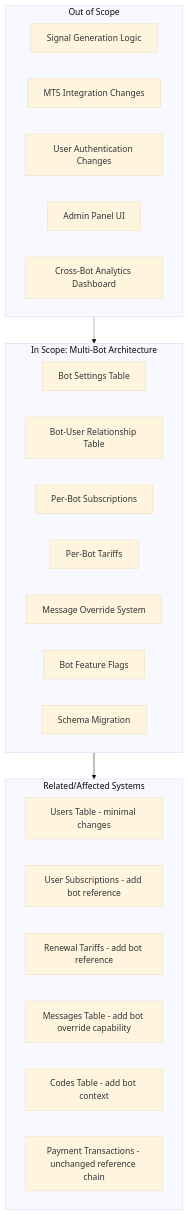
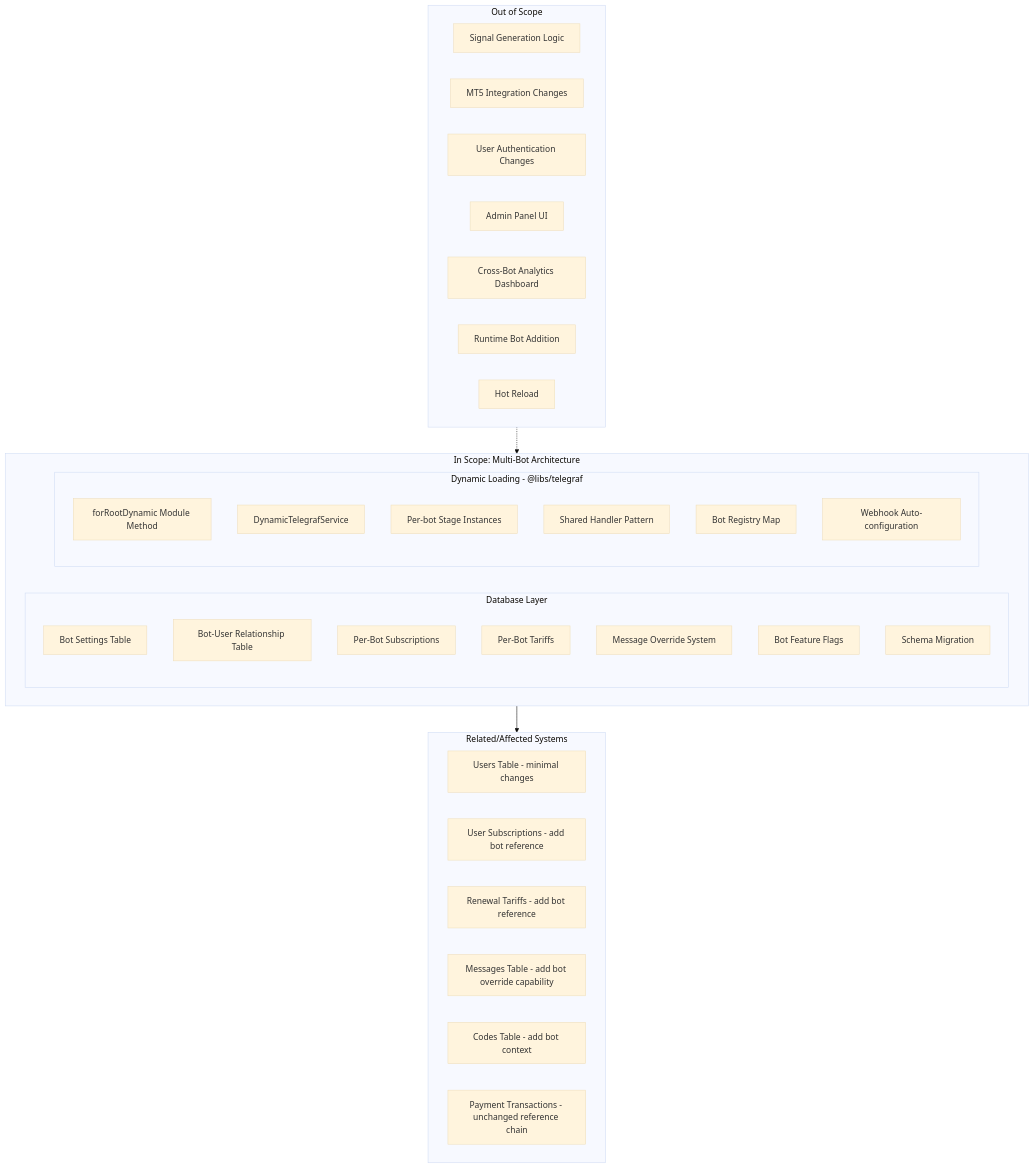
Before and after one commit to tundraray/quantum-deal: the third of 4 diagrams in docs/prd/multi-bot-architecture-prd.md, drawn with Mermaid (base theme). The commit also changed other lines of this file and 29 other files, not shown here.

First line of the commit message:
feat(telegraf): add forRootDynamic() for database-driven bot loading

````diff
--- a/docs/prd/multi-bot-architecture-prd.md
+++ b/docs/prd/multi-bot-architecture-prd.md
@@ -107,32 +165,44 @@
 ```mermaid
 flowchart TB
     subgraph InScope["In Scope: Multi-Bot Architecture"]
-        S1[Bot Settings Table]
-        S2[Bot-User Relationship Table]
-        S3[Per-Bot Subscriptions]
-        S4[Per-Bot Tariffs]
-        S5[Message Override System]
-        S6[Bot Feature Flags]
-        S7[Schema Migration]
+        subgraph Database["Database Layer"]
+            S1[Bot Settings Table]
+            S2[Bot-User Relationship Table]
+            S3[Per-Bot Subscriptions]
+            S4[Per-Bot Tariffs]
+            S5[Message Override System]
+            S6[Bot Feature Flags]
+            S7[Schema Migration]
+        end
+        subgraph DynamicLoading["Dynamic Loading - @libs/telegraf"]
+            D1[forRootDynamic Module Method]
+            D2[DynamicTelegrafService]
+            D3[Per-bot Stage Instances]
+            D4[Shared Handler Pattern]
+            D5[Bot Registry Map]
+            D6[Webhook Auto-configuration]
+        end
     end
 
     subgraph OutScope["Out of Scope"]
         O1[Signal Generation Logic]
         O2[MT5 Integration Changes]
         O3[User Authentication Changes]
         O4[Admin Panel UI]
         O5[Cross-Bot Analytics Dashboard]
+        O6[Runtime Bot Addition]
+        O7[Hot Reload]
     end
 
     subgraph Related["Related/Affected Systems"]
         R1[Users Table - minimal changes]
         R2[User Subscriptions - add bot reference]
         R3[Renewal Tariffs - add bot reference]
         R4[Messages Table - add bot override capability]
         R5[Codes Table - add bot context]
         R6[Payment Transactions - unchanged reference chain]
     end
 
     InScope --> Related
     OutScope -.-> InScope
 ```
````
